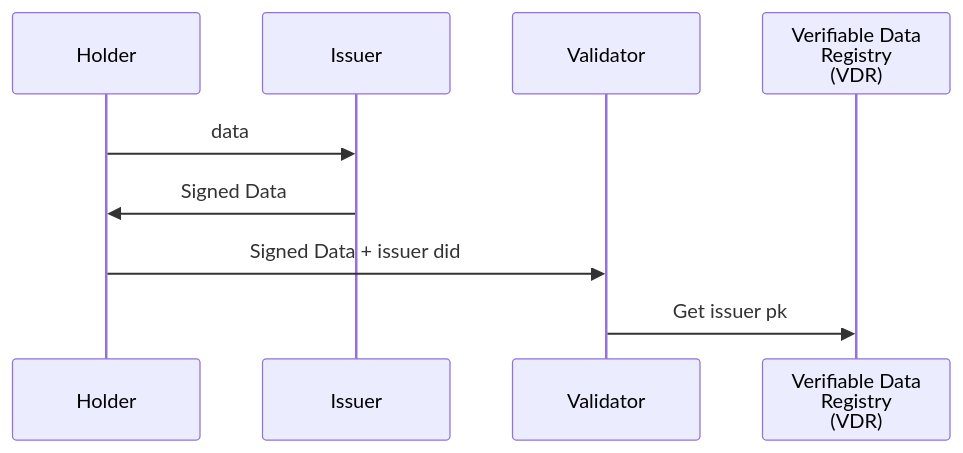
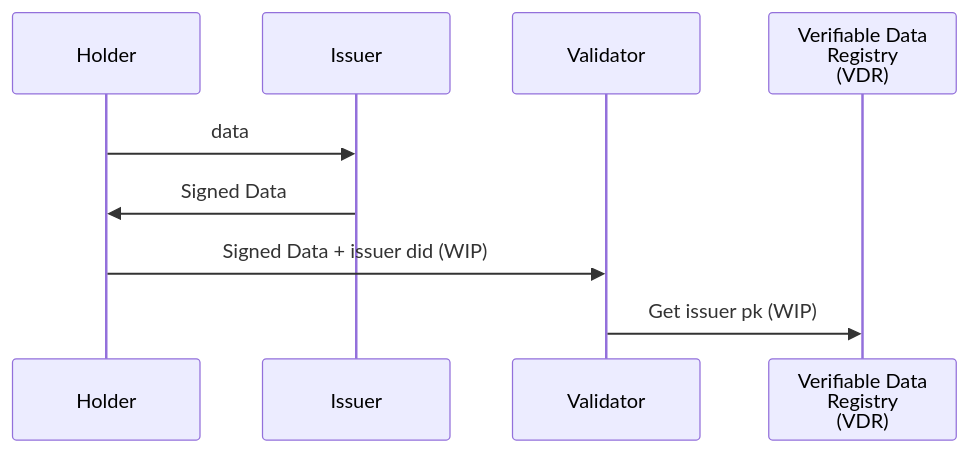
One commit to Samuelk0nrad/simple-did changed the diagram in README.md. Above: the diagram before and after it, drawn with Mermaid.

Commit message:
edit readme, wip

````diff
--- a/README.md
+++ b/README.md
@@ -3,12 +3,12 @@
 ```mermaid
 sequenceDiagram
     participant Holder
     participant Issuer
     participant Validator
     participant VDR as Verifiable Data <br/>Registry <br/>(VDR)
     
     Holder->>Issuer: data
     Issuer->>Holder: Signed Data
-    Holder->>Validator: Signed Data + issuer did
-    Validator->>VDR: Get issuer pk
+    Holder->>Validator: Signed Data + issuer did (WIP)
+    Validator->>VDR: Get issuer pk (WIP)
 ```
````
